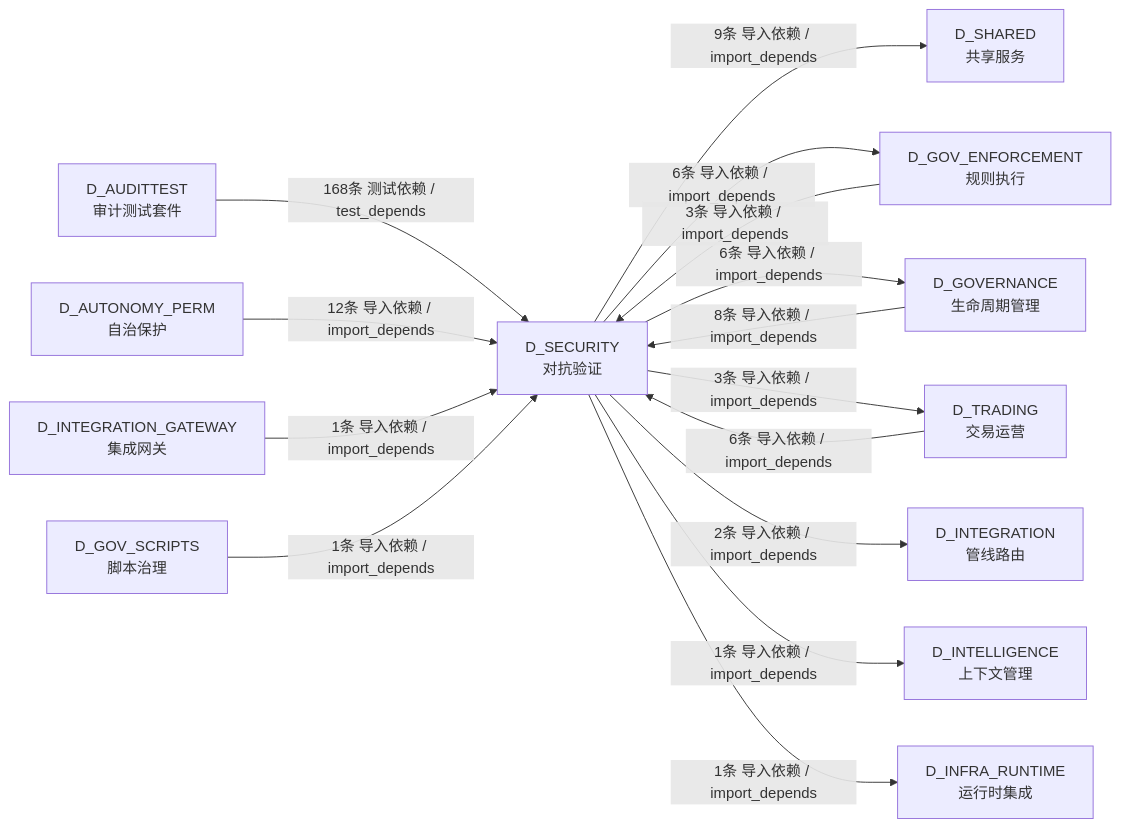
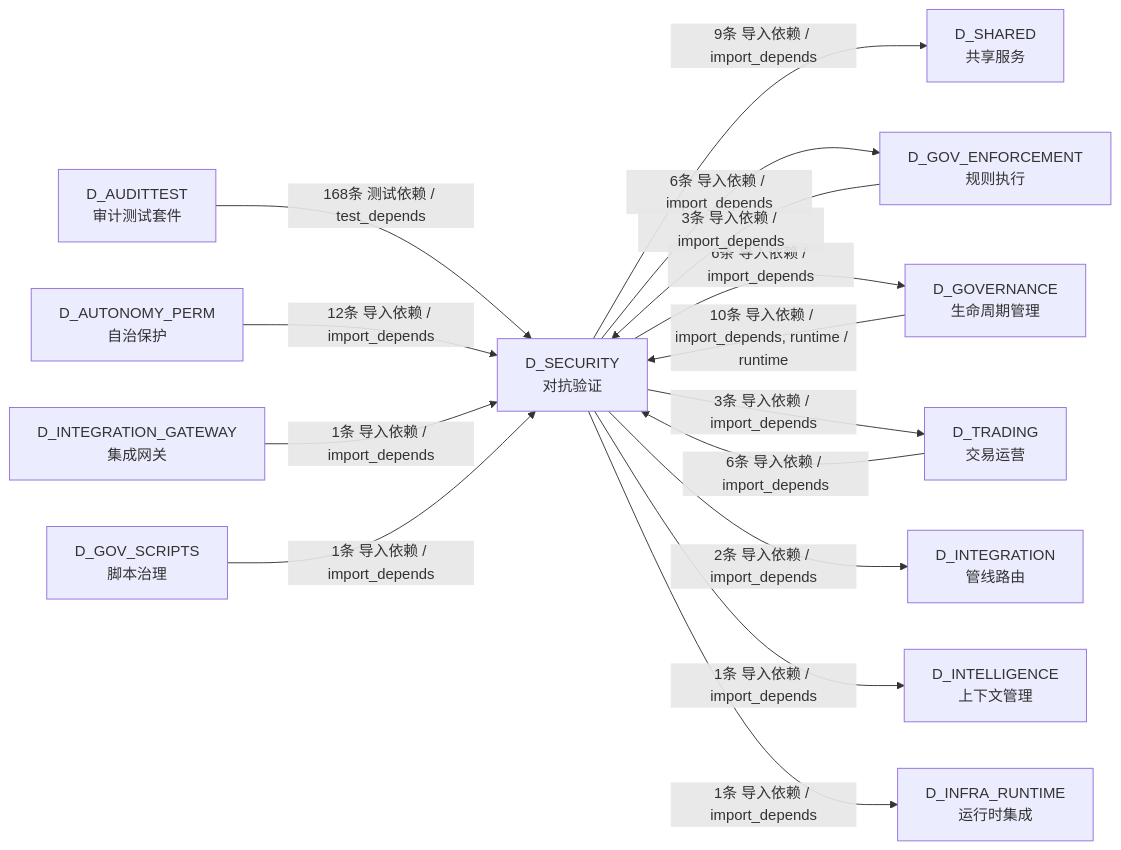
The eighth of 8 diagrams in docs/02_enterprise_architecture/02_domain_architecture_docs/17_d_security.md (xuanFelixVan/ZephyrAlpha), drawn with Mermaid before and after one commit. The commit also changed other lines of this file and 99 other files, not shown here.

````diff
--- a/docs/02_enterprise_architecture/02_domain_architecture_docs/17_d_security.md
+++ b/docs/02_enterprise_architecture/02_domain_architecture_docs/17_d_security.md
@@ -1199,29 +1201,29 @@
 ```mermaid
 graph LR
     D_SECURITY["D_SECURITY<br/>对抗验证"]
     D_SHARED["D_SHARED<br/>共享服务"]
     D_GOV_ENFORCEMENT["D_GOV_ENFORCEMENT<br/>规则执行"]
     D_GOVERNANCE["D_GOVERNANCE<br/>生命周期管理"]
     D_TRADING["D_TRADING<br/>交易运营"]
     D_INTEGRATION["D_INTEGRATION<br/>管线路由"]
     D_INTELLIGENCE["D_INTELLIGENCE<br/>上下文管理"]
     D_INFRA_RUNTIME["D_INFRA_RUNTIME<br/>运行时集成"]
     D_AUDITTEST["D_AUDITTEST<br/>审计测试套件"]
     D_AUTONOMY_PERM["D_AUTONOMY_PERM<br/>自治保护"]
     D_INTEGRATION_GATEWAY["D_INTEGRATION_GATEWAY<br/>集成网关"]
     D_GOV_SCRIPTS["D_GOV_SCRIPTS<br/>脚本治理"]
     D_SECURITY -->|9条 导入依赖 / import_depends| D_SHARED
     D_SECURITY -->|6条 导入依赖 / import_depends| D_GOV_ENFORCEMENT
     D_SECURITY -->|6条 导入依赖 / import_depends| D_GOVERNANCE
     D_SECURITY -->|3条 导入依赖 / import_depends| D_TRADING
     D_SECURITY -->|2条 导入依赖 / import_depends| D_INTEGRATION
     D_SECURITY -->|1条 导入依赖 / import_depends| D_INTELLIGENCE
     D_SECURITY -->|1条 导入依赖 / import_depends| D_INFRA_RUNTIME
     D_AUDITTEST -->|168条 测试依赖 / test_depends| D_SECURITY
     D_AUTONOMY_PERM -->|12条 导入依赖 / import_depends| D_SECURITY
-    D_GOVERNANCE -->|8条 导入依赖 / import_depends| D_SECURITY
+    D_GOVERNANCE -->|10条 导入依赖 / import_depends, runtime / runtime| D_SECURITY
     D_TRADING -->|6条 导入依赖 / import_depends| D_SECURITY
     D_GOV_ENFORCEMENT -->|3条 导入依赖 / import_depends| D_SECURITY
     D_INTEGRATION_GATEWAY -->|1条 导入依赖 / import_depends| D_SECURITY
     D_GOV_SCRIPTS -->|1条 导入依赖 / import_depends| D_SECURITY
 ```
````
